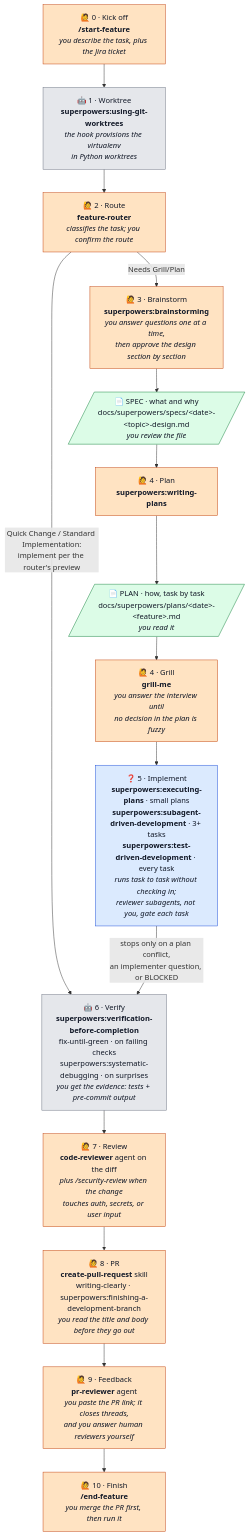
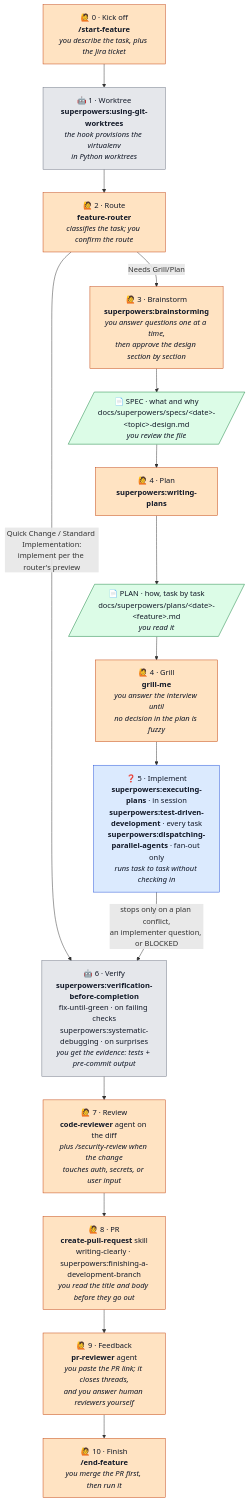
Before and after one commit to bertini36/dotfiles: the diagram in README.md, drawn with Mermaid. The commit also changed other lines of this file and 1 other file, not shown here.

Commit message:
refactor: reserve subagents for independent fan-out
The Implement stage preferred `subagent-driven-development` from three
tasks up: a fresh implementer per task, then a reviewer per task. That is a
relay, and every handoff summarises away the context the next step needs.
The reviewer judged a task without the design reasoning that justified it,
and the next implementer started from a report instead of the code.

Implementation stays in one session. Subagents take the work they are
actually good at: pieces that share no state and no ordering, such as
sweeping for references, auditing an area, or getting oriented in an
unfamiliar subsystem.

Claude-Session: https://claude.ai/code/session_015PgYLuxCdFGeMnW7iqMY8B

````diff
--- a/README.md
+++ b/README.md
@@ -165,35 +165,35 @@
 ```mermaid
 flowchart TD
     K["🙋 0 · Kick off<br><b>/start-feature</b><br><i>you describe the task, plus the Jira ticket</i>"]
     W["🤖 1 · Worktree<br><b>superpowers:using-git-worktrees</b><br><i>the hook provisions the virtualenv<br>in Python worktrees</i>"]
     RT["🙋 2 · Route<br><b>feature-router</b><br><i>classifies the task; you confirm the route</i>"]
     B["🙋 3 · Brainstorm<br><b>superpowers:brainstorming</b><br><i>you answer questions one at a time,<br>then approve the design section by section</i>"]
     SPEC[/"📄 SPEC · what and why<br>docs/superpowers/specs/&lt;date&gt;-&lt;topic&gt;-design.md<br><i>you review the file</i>"/]
     P["🙋 4 · Plan<br><b>superpowers:writing-plans</b>"]
     PLAN[/"📄 PLAN · how, task by task<br>docs/superpowers/plans/&lt;date&gt;-&lt;feature&gt;.md<br><i>you read it</i>"/]
     G["🙋 4 · Grill<br><b>grill-me</b><br><i>you answer the interview until<br>no decision in the plan is fuzzy</i>"]
-    I["❓ 5 · Implement<br><b>superpowers:executing-plans</b> · small plans<br><b>superpowers:subagent-driven-development</b> · 3+ tasks<br><b>superpowers:test-driven-development</b> · every task<br><i>runs task to task without checking in;<br>reviewer subagents, not you, gate each task</i>"]
+    I["❓ 5 · Implement<br><b>superpowers:executing-plans</b> · in session<br><b>superpowers:test-driven-development</b> · every task<br><b>superpowers:dispatching-parallel-agents</b> · fan-out only<br><i>runs task to task without checking in</i>"]
     Y["🤖 6 · Verify<br><b>superpowers:verification-before-completion</b><br>fix-until-green · on failing checks<br>superpowers:systematic-debugging · on surprises<br><i>you get the evidence: tests + pre-commit output</i>"]
     R["🙋 7 · Review<br><b>code-reviewer</b> agent on the diff<br><i>plus /security-review when the change<br>touches auth, secrets, or user input</i>"]
     PR["🙋 8 · PR<br><b>create-pull-request</b> skill<br>writing-clearly · superpowers:finishing-a-development-branch<br><i>you read the title and body before they go out</i>"]
     F["🙋 9 · Feedback<br><b>pr-reviewer</b> agent<br><i>you paste the PR link; it closes threads,<br>and you answer human reviewers yourself</i>"]
     Z["🙋 10 · Finish<br><b>/end-feature</b><br><i>you merge the PR first, then run it</i>"]
 
     K --> W --> RT
     RT -- "Quick Change / Standard Implementation:<br>implement per the router's preview" --> Y
     RT -- "Needs Grill/Plan" --> B
     B --> SPEC --> P
     P --> PLAN --> G
     G --> I
     I -- "stops only on a plan conflict,<br>an implementer question, or BLOCKED" --> Y
     Y --> R --> PR --> F --> Z
 
     classDef you fill:#FFE3C2,stroke:#C2410C,color:#111827
     classDef auto fill:#E5E7EB,stroke:#6B7280,color:#111827
     classDef ask fill:#DBEAFE,stroke:#1D4ED8,color:#111827
     classDef doc fill:#DCFCE7,stroke:#15803D,color:#111827
     class K,RT,B,P,G,R,PR,F,Z you
     class W,Y auto
     class I ask
     class SPEC,PLAN doc
 ```
````
